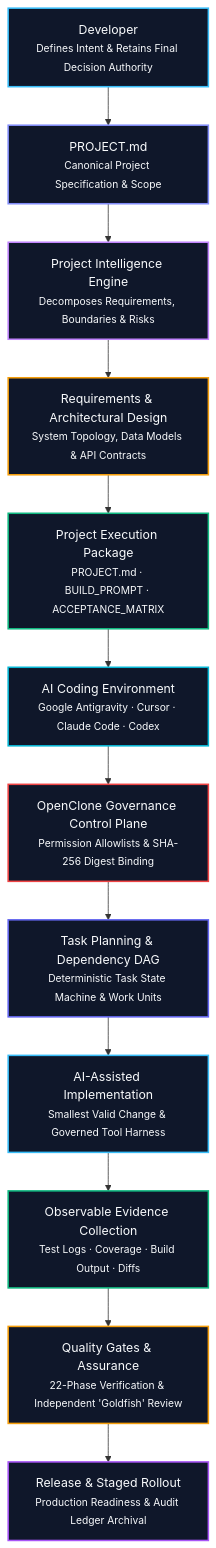
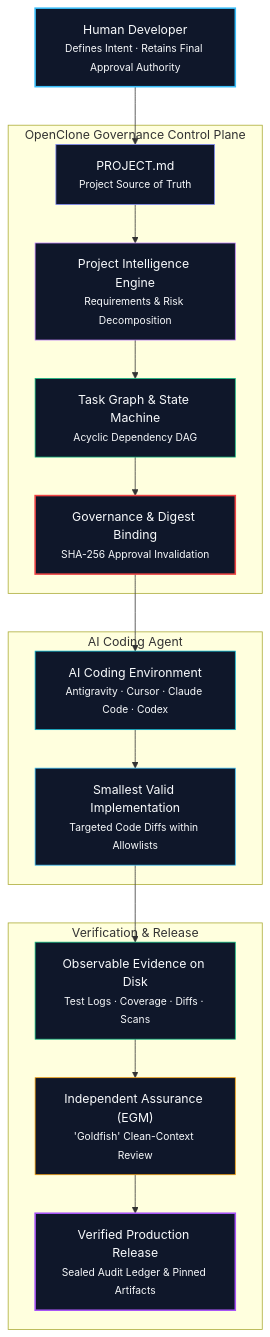
The first of 6 diagrams in README.md (MK-1603/OpenClone), drawn with Mermaid before and after one commit. The commit also changed other lines of this file and 3 other files, not shown here.

````diff
--- a/README.md
+++ b/README.md
@@ -93,27 +122,43 @@
 ```mermaid
 flowchart TD
-    DEV["Developer<br/><small>Defines Intent & Retains Final Decision Authority</small>"] --> SPEC["PROJECT.md<br/><small>Canonical Project Specification & Scope</small>"]
-    SPEC --> INTEL["Project Intelligence Engine<br/><small>Decomposes Requirements, Boundaries & Risks</small>"]
-    INTEL --> REQ["Requirements & Architectural Design<br/><small>System Topology, Data Models & API Contracts</small>"]
-    REQ --> PKG["Project Execution Package<br/><small>PROJECT.md · BUILD_PROMPT · ACCEPTANCE_MATRIX</small>"]
-    PKG --> HOST["AI Coding Environment<br/><small>Google Antigravity · Cursor · Claude Code · Codex</small>"]
-    HOST --> GOV["OpenClone Governance Control Plane<br/><small>Permission Allowlists & SHA-256 Digest Binding</small>"]
-    GOV --> DAG["Task Planning & Dependency DAG<br/><small>Deterministic Task State Machine & Work Units</small>"]
-    DAG --> IMPL["AI-Assisted Implementation<br/><small>Smallest Valid Change & Governed Tool Harness</small>"]
-    IMPL --> EVID["Observable Evidence Collection<br/><small>Test Logs · Coverage · Build Output · Diffs</small>"]
-    EVID --> GATE["Quality Gates & Assurance<br/><small>22-Phase Verification & Independent 'Goldfish' Review</small>"]
-    GATE --> REL["Release & Staged Rollout<br/><small>Production Readiness & Audit Ledger Archival</small>"]
+    DEV["Human Developer<br/><small>Defines Intent · Retains Final Approval Authority</small>"]
+
+    subgraph OC["OpenClone Governance Control Plane"]
+        SPEC["PROJECT.md<br/><small>Project Source of Truth</small>"]
+        INTEL["Project Intelligence Engine<br/><small>Requirements & Risk Decomposition</small>"]
+        DAG["Task Graph & State Machine<br/><small>Acyclic Dependency DAG</small>"]
+        GOV["Governance & Digest Binding<br/><small>SHA-256 Approval Invalidation</small>"]
+    end
+
+    subgraph AGENT["AI Coding Agent"]
+        HOST["AI Coding Environment<br/><small>Antigravity · Cursor · Claude Code · Codex</small>"]
+        IMPL["Smallest Valid Implementation<br/><small>Targeted Code Diffs within Allowlists</small>"]
+    end
+
+    subgraph VERIFY["Verification & Release"]
+        EVID["Observable Evidence on Disk<br/><small>Test Logs · Coverage · Diffs · Scans</small>"]
+        INDEP["Independent Assurance (EGM)<br/><small>'Goldfish' Clean-Context Review</small>"]
+        REL["Verified Production Release<br/><small>Sealed Audit Ledger & Pinned Artifacts</small>"]
+    end
+
+    DEV --> SPEC
+    SPEC --> INTEL
+    INTEL --> DAG
+    DAG --> GOV
+    GOV --> HOST
+    HOST --> IMPL
+    IMPL --> EVID
+    EVID --> INDEP
+    INDEP --> REL
 
     style DEV fill:#0f172a,stroke:#38bdf8,stroke-width:2px,color:#f8fafc
-    style SPEC fill:#0f172a,stroke:#818cf8,stroke-width:2px,color:#f8fafc
-    style INTEL fill:#0f172a,stroke:#c084fc,stroke-width:2px,color:#f8fafc
-    style REQ fill:#0f172a,stroke:#f59e0b,stroke-width:2px,color:#f8fafc
-    style PKG fill:#0f172a,stroke:#10b981,stroke-width:2px,color:#f8fafc
-    style HOST fill:#0f172a,stroke:#06b6d4,stroke-width:2px,color:#f8fafc
+    style SPEC fill:#0f172a,stroke:#818cf8,stroke-width:1px,color:#f8fafc
+    style INTEL fill:#0f172a,stroke:#c084fc,stroke-width:1px,color:#f8fafc
+    style DAG fill:#0f172a,stroke:#10b981,stroke-width:1px,color:#f8fafc
     style GOV fill:#0f172a,stroke:#ef4444,stroke-width:2px,color:#f8fafc
-    style DAG fill:#0f172a,stroke:#6366f1,stroke-width:2px,color:#f8fafc
-    style IMPL fill:#0f172a,stroke:#38bdf8,stroke-width:2px,color:#f8fafc
-    style EVID fill:#0f172a,stroke:#10b981,stroke-width:2px,color:#f8fafc
-    style GATE fill:#0f172a,stroke:#f59e0b,stroke-width:2px,color:#f8fafc
+    style HOST fill:#0f172a,stroke:#06b6d4,stroke-width:1px,color:#f8fafc
+    style IMPL fill:#0f172a,stroke:#38bdf8,stroke-width:1px,color:#f8fafc
+    style EVID fill:#0f172a,stroke:#10b981,stroke-width:1px,color:#f8fafc
+    style INDEP fill:#0f172a,stroke:#f59e0b,stroke-width:1px,color:#f8fafc
     style REL fill:#0f172a,stroke:#a855f7,stroke-width:2px,color:#f8fafc
 ```
````
